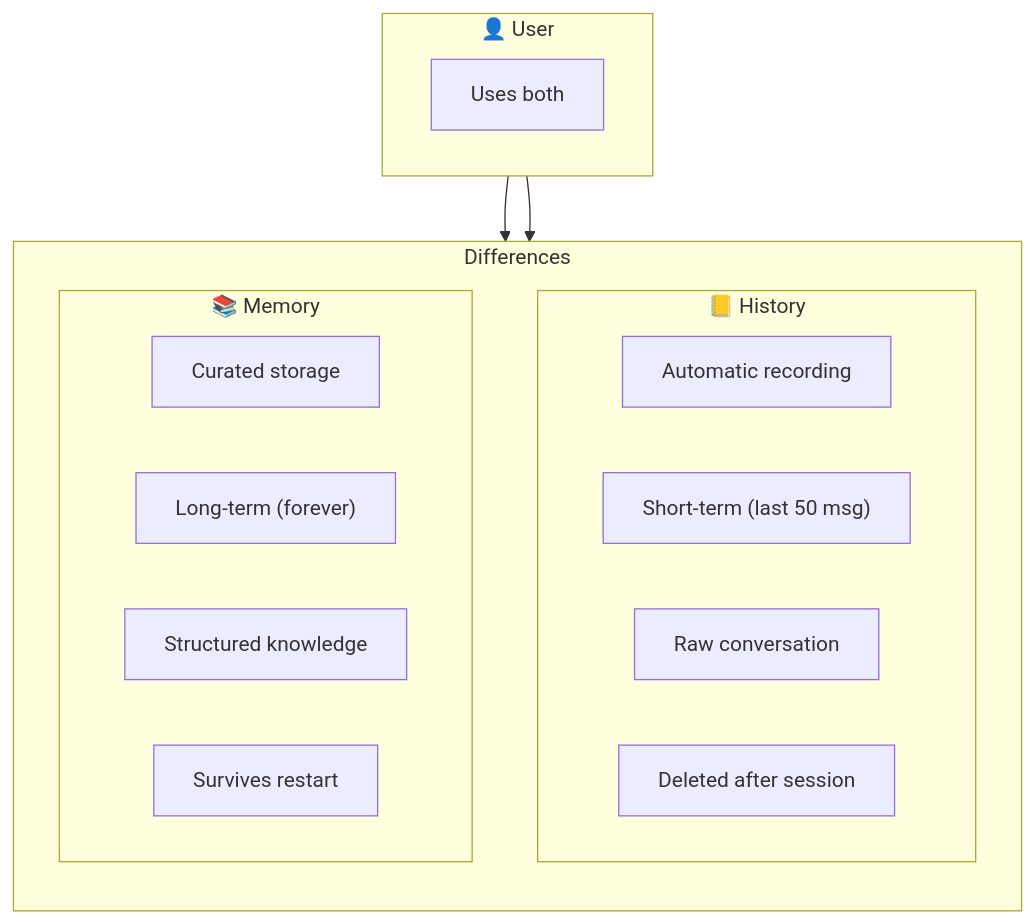
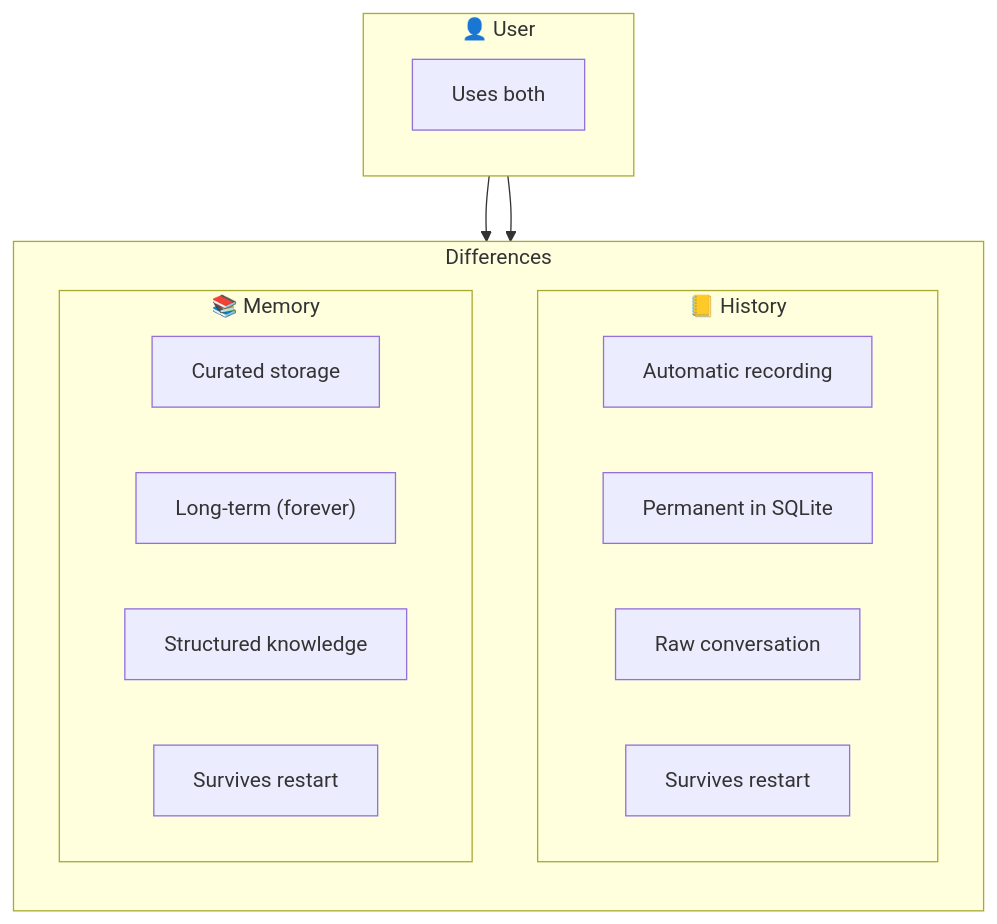
One commit to yeheng/nanobot-rs changed the eighth of 9 diagrams in docs/memory-history-en.md. Above: the diagram before and after it, drawn with Mermaid. The commit also changed other lines of this file and 35 other files, not shown here.

````diff
--- a/docs/memory-history-en.md
+++ b/docs/memory-history-en.md
@@ -241,27 +241,27 @@
 ```mermaid
 flowchart TB
     subgraph User["👤 User"]
         U["Uses both"]
     end
     
     subgraph Compare["Differences"]
         direction TB
         
         subgraph HistCol["📒 History"]
             H1["Automatic recording"]
-            H2["Short-term (last 50 msg)"]
+            H2["Permanent in SQLite"]
             H3["Raw conversation"]
-            H4["Deleted after session"]
+            H4["Survives restart"]
         end
         
         subgraph MemCol["📚 Memory"]
             M1["Curated storage"]
             M2["Long-term (forever)"]
             M3["Structured knowledge"]
             M4["Survives restart"]
         end
     end
     
     User --> HistCol
     User --> MemCol
 ```
````
